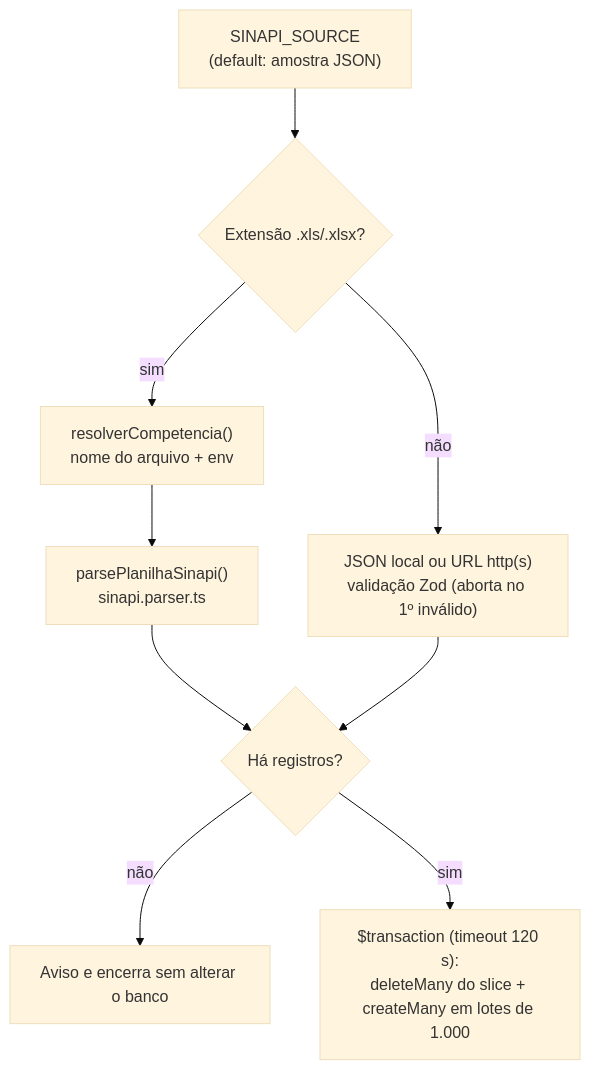
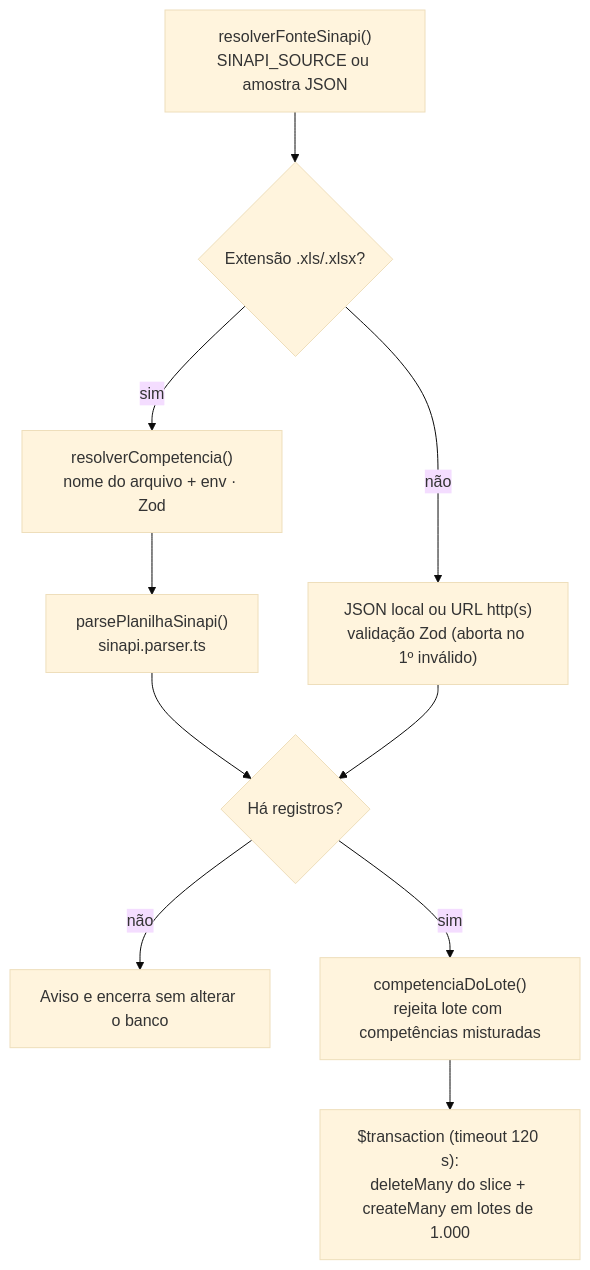
Before and after one commit to FernandoLML/Build-Plan: the third of 4 diagrams in Docs/arquitetura-raio-x.md, drawn with Mermaid (base theme). The commit also changed other lines of this file and 50 other files, not shown here.

````diff
--- a/Docs/arquitetura-raio-x.md
+++ b/Docs/arquitetura-raio-x.md
@@ -198,11 +201,12 @@
 ```mermaid
 flowchart TD
-  A["SINAPI_SOURCE<br/>(default: amostra JSON)"] --> B{"Extensão .xls/.xlsx?"}
-  B -- sim --> C["resolverCompetencia()<br/>nome do arquivo + env"]
+  A["resolverFonteSinapi()<br/>SINAPI_SOURCE ou amostra JSON"] --> B{"Extensão .xls/.xlsx?"}
+  B -- sim --> C["resolverCompetencia()<br/>nome do arquivo + env · Zod"]
   C --> D["parsePlanilhaSinapi()<br/>sinapi.parser.ts"]
   B -- não --> E["JSON local ou URL http(s)<br/>validação Zod (aborta no 1º inválido)"]
   D --> F{"Há registros?"}
   E --> F
   F -- não --> G["Aviso e encerra sem alterar o banco"]
-  F -- sim --> H["$transaction (timeout 120 s):<br/>deleteMany do slice + createMany em lotes de 1.000"]
+  F -- sim --> L["competenciaDoLote()<br/>rejeita lote com competências misturadas"]
+  L --> H["$transaction (timeout 120 s):<br/>deleteMany do slice + createMany em lotes de 1.000"]
 ```
````
